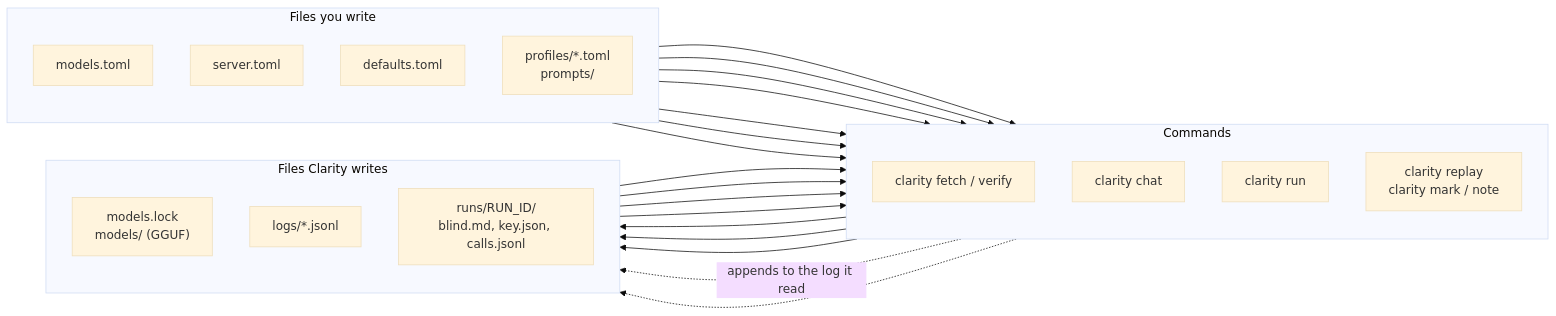
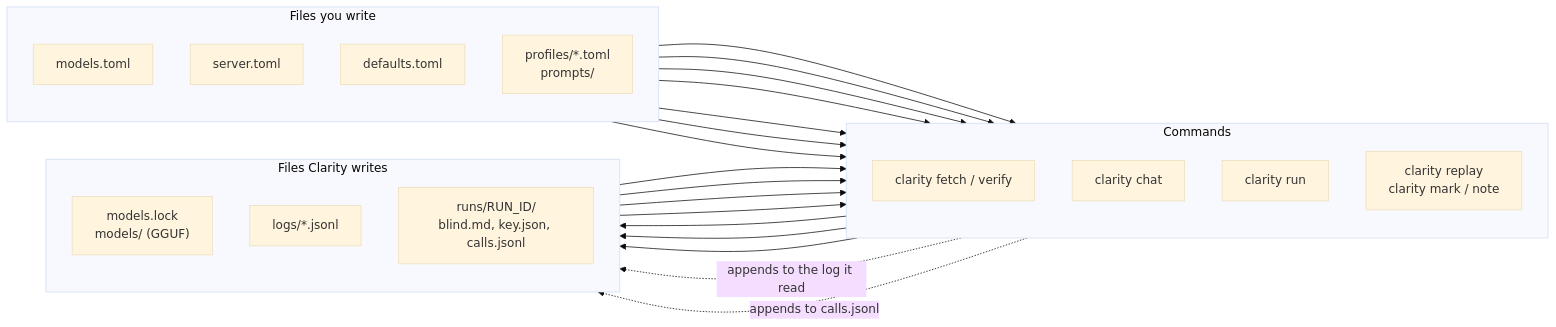
Before and after one commit to andalibmalit/clarity-chat: the diagram in docs/getting-started.md, drawn with Mermaid (base theme). The commit also changed other lines of this file and 6 other files, not shown here.

````diff
--- a/docs/getting-started.md
+++ b/docs/getting-started.md
@@ -7,39 +196,39 @@
 ```mermaid
 flowchart LR
     subgraph yours["Files you write"]
         direction TB
         MT["models.toml"]
         ST["server.toml"]
         DT["defaults.toml"]
         PR["profiles/*.toml<br/>prompts/"]
     end
     subgraph cmds["Commands"]
         direction TB
         F["clarity fetch / verify"]
         CH["clarity chat"]
         R["clarity run"]
         RP["clarity replay<br/>clarity mark / note"]
     end
     subgraph gen["Files Clarity writes"]
         direction TB
         ML["models.lock<br/>models/ (GGUF)"]
         LG["logs/*.jsonl"]
         RN["runs/RUN_ID/<br/>blind.md, key.json, calls.jsonl"]
     end
     MT --> F
     F --> ML
     ST --> CH
     DT --> CH
     PR --> CH
     ML --> CH
     ST --> R
     DT --> R
     PR --> R
     ML --> R
     CH --> LG
     R --> RN
     LG --> RP
     RN --> RP
     RP -. "appends to the log it read" .-> LG
-    RP -.-> RN
+    RP -. "appends to calls.jsonl" .-> RN
 ```
````
